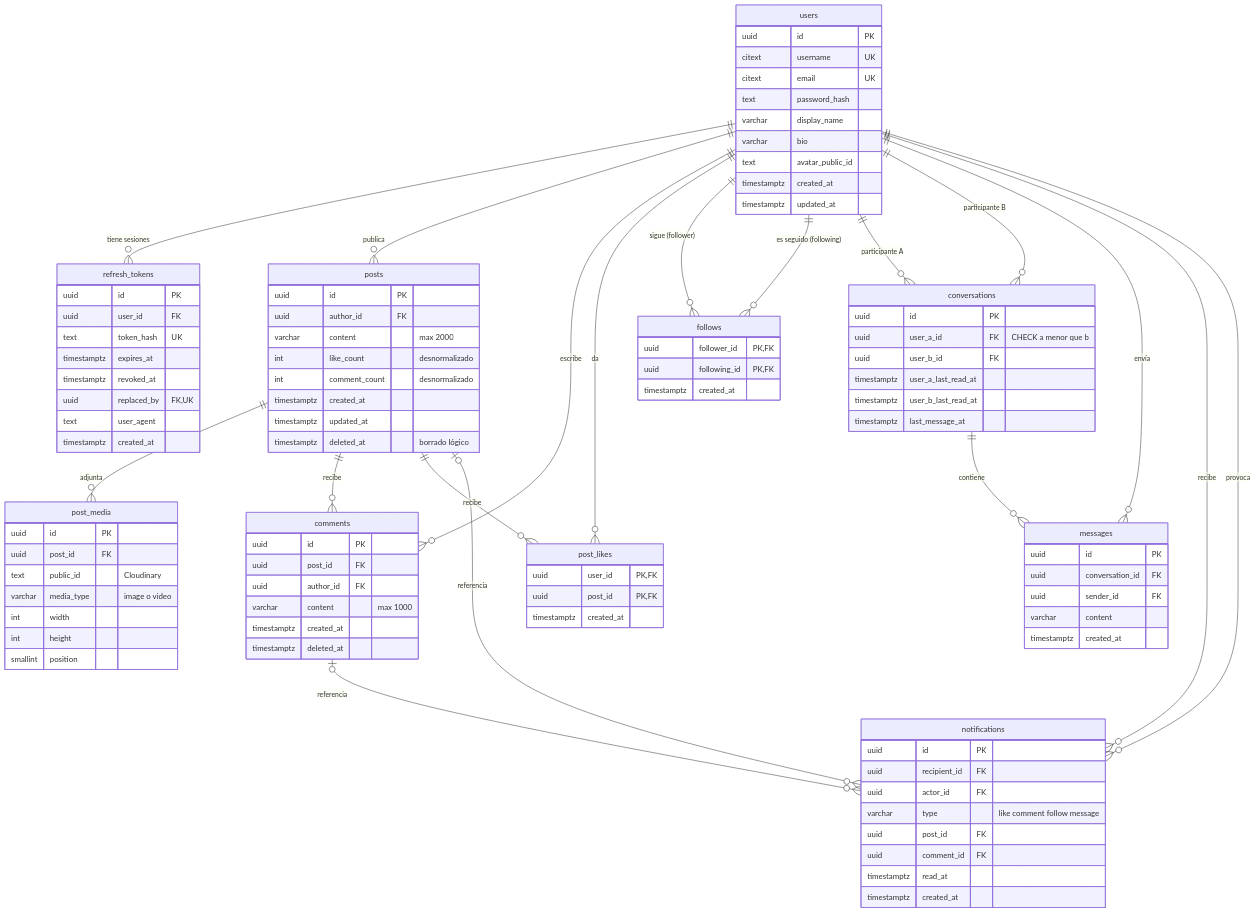
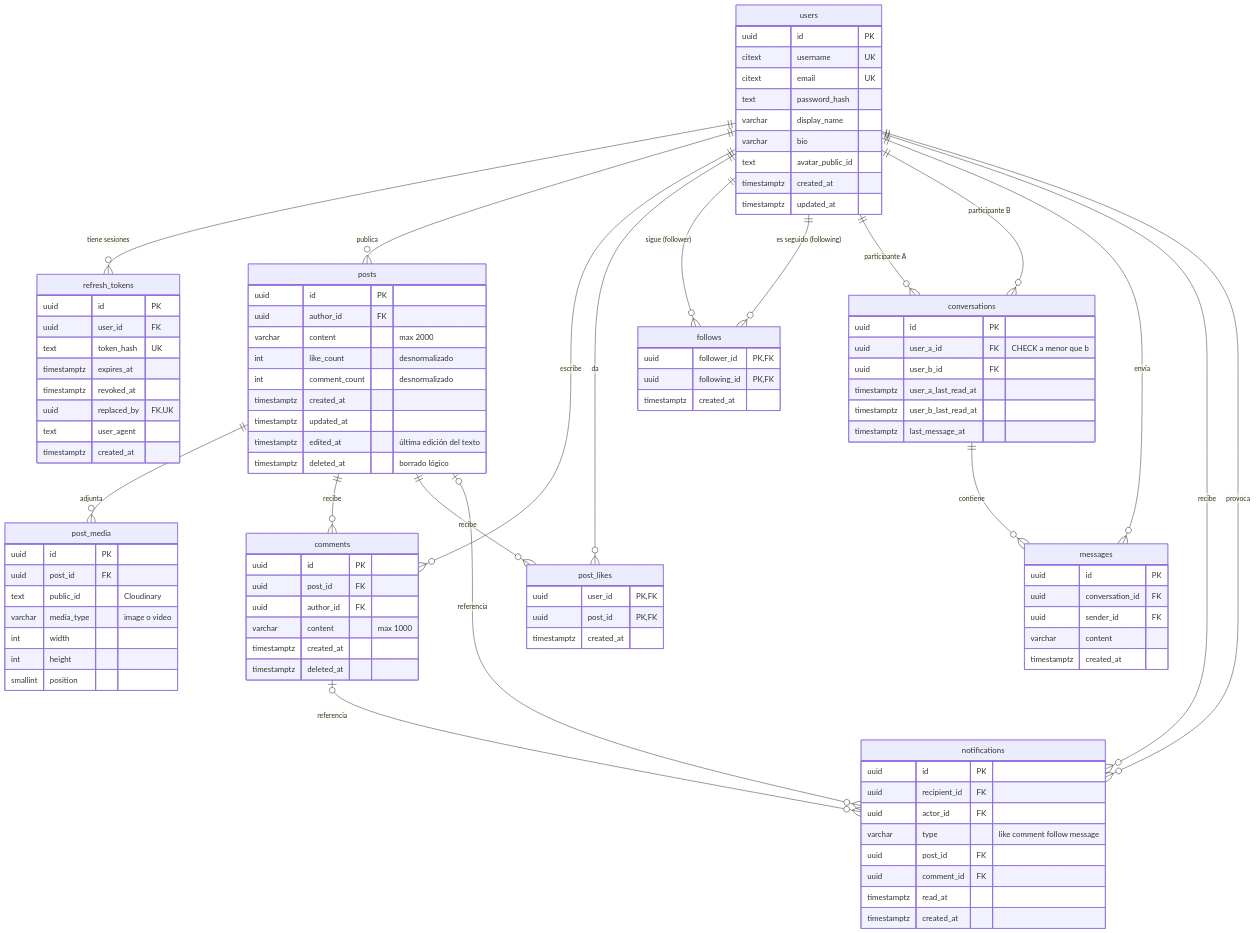
One commit to EmilioAlonzo4587/red-social changed the diagram in docs/04-base-de-datos.md. Above: the diagram before and after it, drawn with Mermaid. The commit also changed other lines of this file and 34 other files, not shown here.

```diff
--- a/docs/04-base-de-datos.md
+++ b/docs/04-base-de-datos.md
@@ -45,6 +45,7 @@
     int comment_count "desnormalizado"
     timestamptz created_at
     timestamptz updated_at
+    timestamptz edited_at "última edición del texto"
     timestamptz deleted_at "borrado lógico"
   }
   post_media {
```
